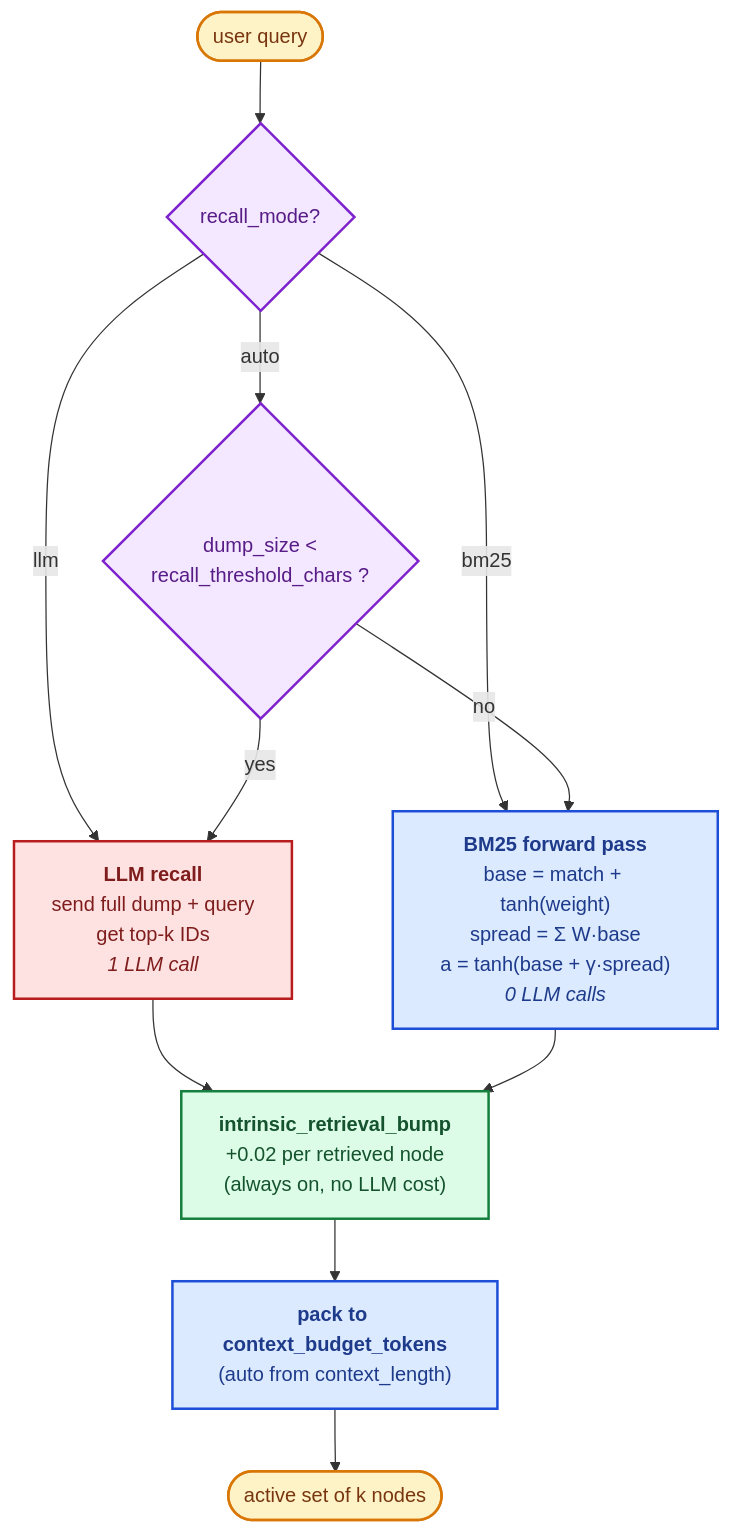
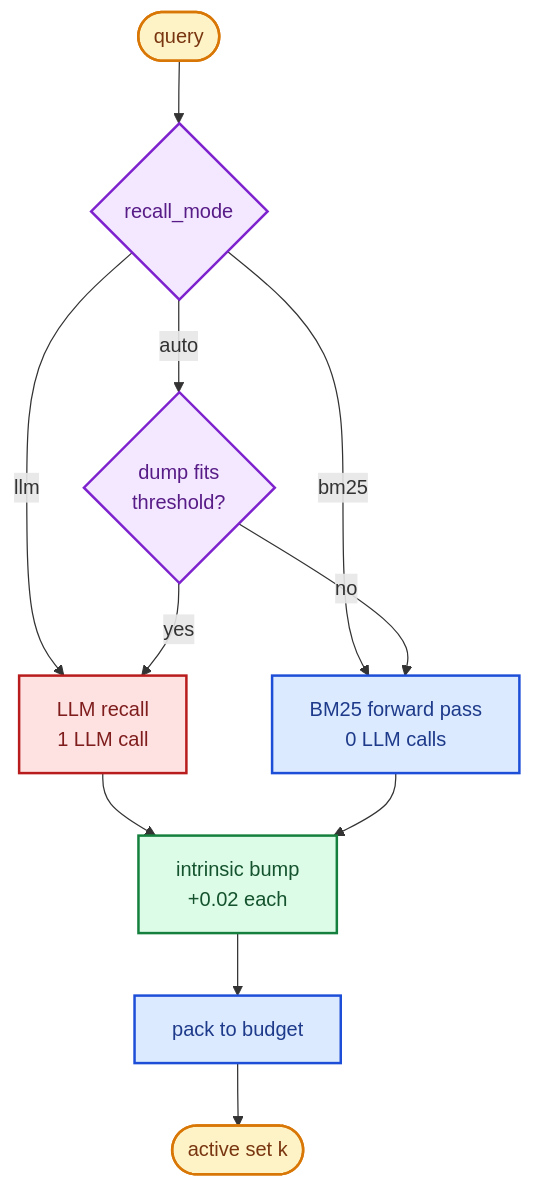
The fourth of 6 diagrams in docs/architecture.md (vitalops/coherence), drawn with Mermaid before and after one commit. The commit also changed other lines of this file, not shown here.

Commit message:
upd: fix ugly diagrams

````diff
--- a/docs/architecture.md
+++ b/docs/architecture.md
@@ -218,29 +189,29 @@
 ```mermaid
 flowchart TD
-    Q(["user query"]):::io
-    DEC{"recall_mode?"}:::decide
-    SIZE{"dump_size &lt;<br/>recall_threshold_chars ?"}:::decide
+    Q([query]):::io
+    DEC{recall_mode}:::decide
+    SIZE{dump fits<br/>threshold?}:::decide
 
-    LLM["<b>LLM recall</b><br/>send full dump + query<br/>get top-k IDs<br/><i>1 LLM call</i>"]:::llm
-    BM["<b>BM25 forward pass</b><br/>base = match + tanh(weight)<br/>spread = Σ W·base<br/>a = tanh(base + γ·spread)<br/><i>0 LLM calls</i>"]:::compute
+    LLM[LLM recall<br/>1 LLM call]:::llm
+    BM[BM25 forward pass<br/>0 LLM calls]:::compute
 
-    BUMP["<b>intrinsic_retrieval_bump</b><br/>+0.02 per retrieved node<br/>(always on, no LLM cost)"]:::dyn
-    PACK["<b>pack to context_budget_tokens</b><br/>(auto from context_length)"]:::compute
-    OUT(["active set of k nodes"]):::io
+    BUMP[intrinsic bump<br/>+0.02 each]:::dyn
+    PACK[pack to budget]:::compute
+    OUT([active set k]):::io
 
     Q --> DEC
-    DEC -->|"auto"| SIZE
-    DEC -->|"llm"| LLM
-    DEC -->|"bm25"| BM
-    SIZE -->|"yes"| LLM
-    SIZE -->|"no"| BM
+    DEC -->|auto| SIZE
+    DEC -->|llm| LLM
+    DEC -->|bm25| BM
+    SIZE -->|yes| LLM
+    SIZE -->|no| BM
     LLM --> BUMP
     BM --> BUMP
     BUMP --> PACK --> OUT
 
     classDef io fill:#fef3c7,stroke:#d97706,color:#78350f,stroke-width:2px
     classDef decide fill:#f3e8ff,stroke:#7e22ce,color:#581c87,stroke-width:2px
     classDef llm fill:#fee2e2,stroke:#b91c1c,color:#7f1d1d,stroke-width:2px
     classDef compute fill:#dbeafe,stroke:#1d4ed8,color:#1e3a8a,stroke-width:2px
     classDef dyn fill:#dcfce7,stroke:#15803d,color:#14532d,stroke-width:2px
 ```
````
